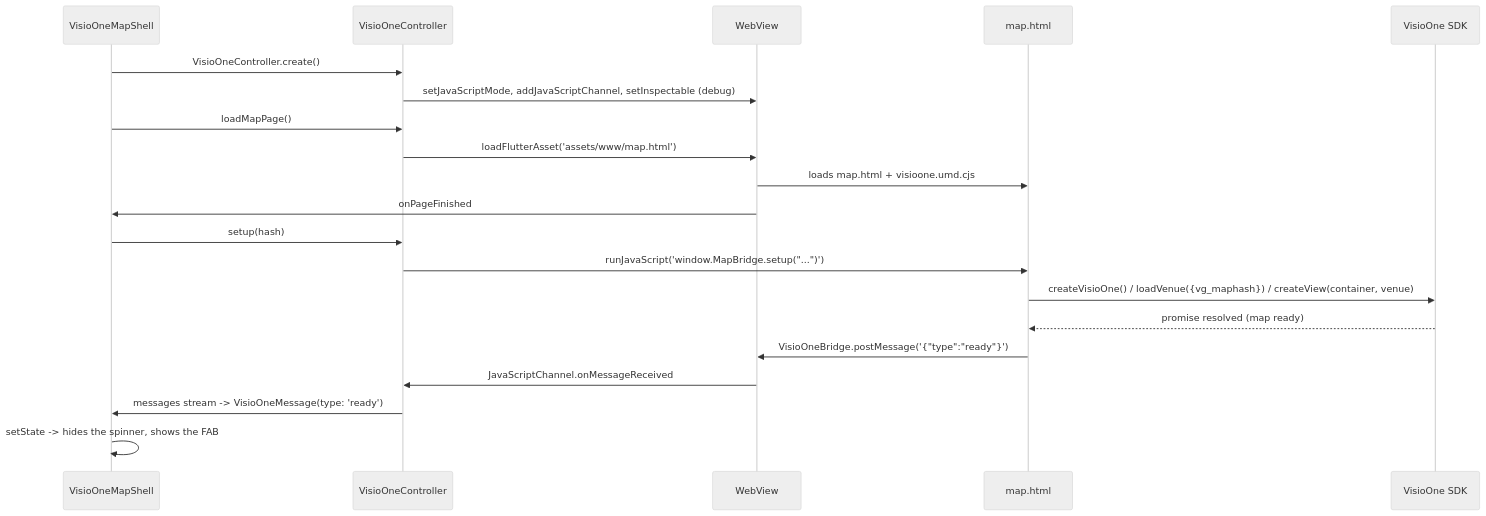
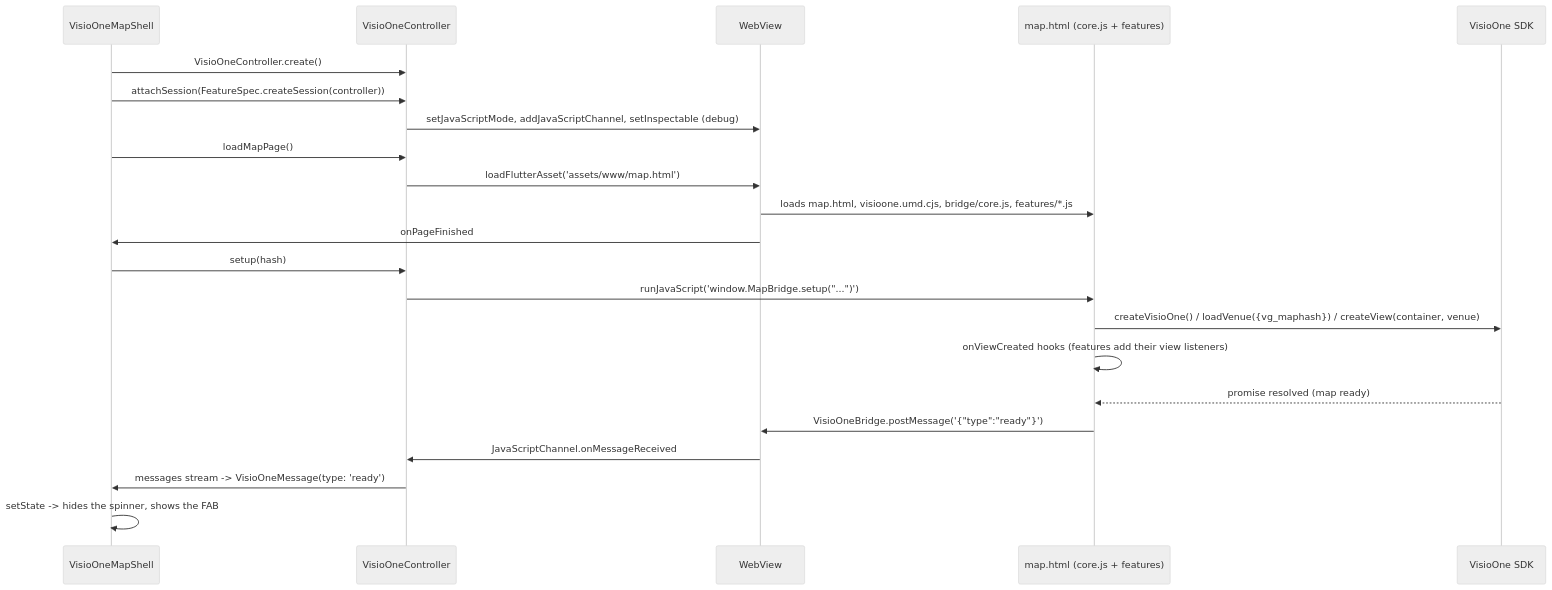
The third of 3 diagrams in docs/ARCHITECTURE.md (visioglobe-sas/VisioOneMeetFlutter), drawn with Mermaid (neutral theme) before and after one commit. The commit also changed other lines of this file and 32 other files, not shown here.

````diff
--- a/docs/ARCHITECTURE.md
+++ b/docs/ARCHITECTURE.md
@@ -69,23 +88,25 @@
 ```mermaid
 sequenceDiagram
   participant UI as VisioOneMapShell
   participant Ctrl as VisioOneController
   participant WV as WebView
-  participant JS as map.html
+  participant JS as map.html (core.js + features)
   participant SDK as VisioOne SDK
 
   UI->>Ctrl: VisioOneController.create()
+  UI->>Ctrl: attachSession(FeatureSpec.createSession(controller))
   Ctrl->>WV: setJavaScriptMode, addJavaScriptChannel, setInspectable (debug)
   UI->>Ctrl: loadMapPage()
   Ctrl->>WV: loadFlutterAsset('assets/www/map.html')
-  WV->>JS: loads map.html + visioone.umd.cjs
+  WV->>JS: loads map.html, visioone.umd.cjs, bridge/core.js, features/*.js
   WV->>UI: onPageFinished
   UI->>Ctrl: setup(hash)
   Ctrl->>JS: runJavaScript('window.MapBridge.setup("...")')
   JS->>SDK: createVisioOne() / loadVenue({vg_maphash}) / createView(container, venue)
+  JS->>JS: onViewCreated hooks (features add their view listeners)
   SDK-->>JS: promise resolved (map ready)
   JS->>WV: VisioOneBridge.postMessage('{"type":"ready"}')
   WV->>Ctrl: JavaScriptChannel.onMessageReceived
   Ctrl->>UI: messages stream -> VisioOneMessage(type: 'ready')
   UI->>UI: setState -> hides the spinner, shows the FAB
 ```
````
